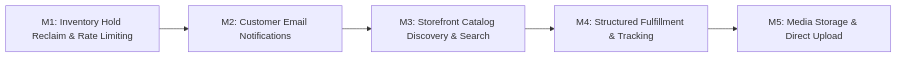
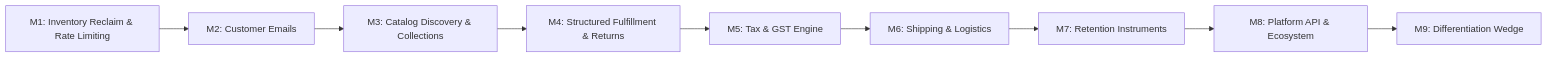
Before and after one commit to Aashif786/shopify_clone: the diagram in docs/audit/implementation-roadmap.md, drawn with Mermaid. The commit also changed other lines of this file and 2 other files, not shown here.

````diff
--- a/docs/audit/implementation-roadmap.md
+++ b/docs/audit/implementation-roadmap.md
@@ -9,7 +11,11 @@
 ```mermaid
 flowchart LR
-  M1["M1: Inventory Hold Reclaim & Rate Limiting"] --> M2["M2: Customer Email Notifications"]
-  M2 --> M3["M3: Storefront Catalog Discovery & Search"]
-  M3 --> M4["M4: Structured Fulfillment & Tracking"]
-  M4 --> M5["M5: Media Storage & Direct Upload"]
+  M1["M1: Inventory Reclaim & Rate Limiting"] --> M2["M2: Customer Emails"]
+  M2 --> M3["M3: Catalog Discovery & Collections"]
+  M3 --> M4["M4: Structured Fulfillment & Returns"]
+  M4 --> M5["M5: Tax & GST Engine"]
+  M5 --> M6["M6: Shipping & Logistics"]
+  M6 --> M7["M7: Retention Instruments"]
+  M7 --> M8["M8: Platform API & Ecosystem"]
+  M8 --> M9["M9: Differentiation Wedge"]
 ```
````
